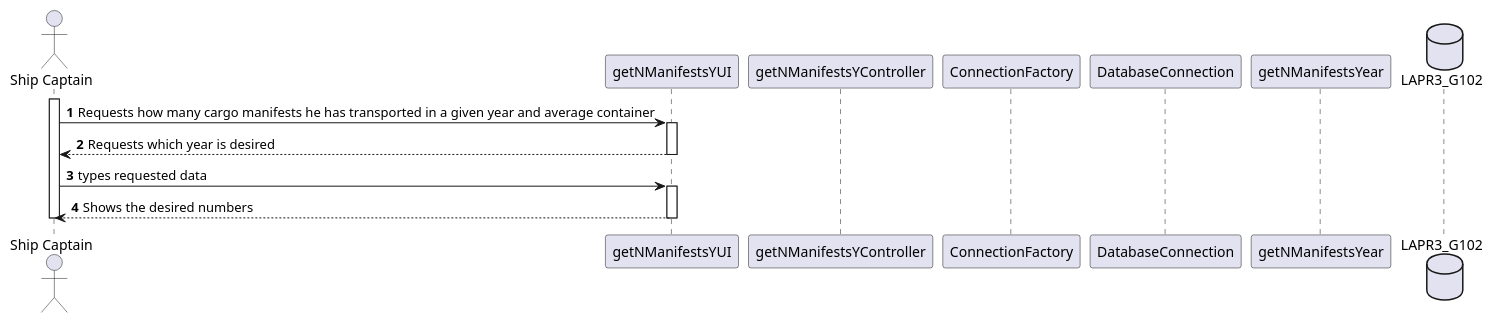
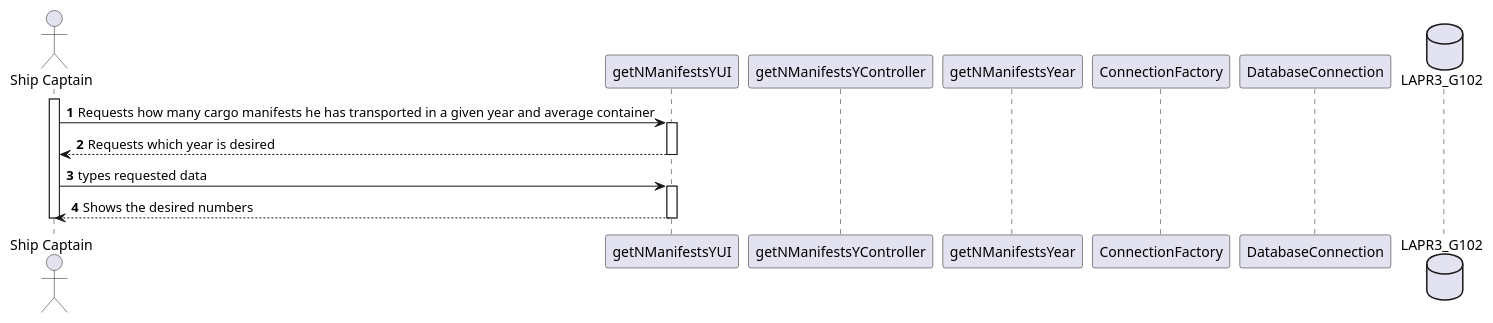
Before and after one commit to mpoboas/lapr3-2021-g102: the diagram in docs/Sprint2/US207/sd.puml, drawn with PlantUML. The commit also changed 4 other files, not shown here.

```diff
--- a/docs/Sprint2/US207/sd.puml
+++ b/docs/Sprint2/US207/sd.puml
@@ -1,23 +1,24 @@
 @startuml
 actor "Ship Captain" as sc
 participant getNManifestsYUI as UI
 participant getNManifestsYController as Controller
+participant getNManifestsYear as data
 participant ConnectionFactory as cf
 participant DatabaseConnection as dc
-participant getNManifestsYear as data
+
 database LAPR3_G102  as db
 
 autonumber
 activate sc
 sc -> UI: Requests how many cargo manifests he has transported in a given year and average container
 activate UI
 UI --> sc : Requests which year is desired
 deactivate UI
 sc ->UI : types requested data
 activate UI
 UI --> sc : Shows the desired numbers
 deactivate UI
 deactivate sc
 
 
 @enduml
```
